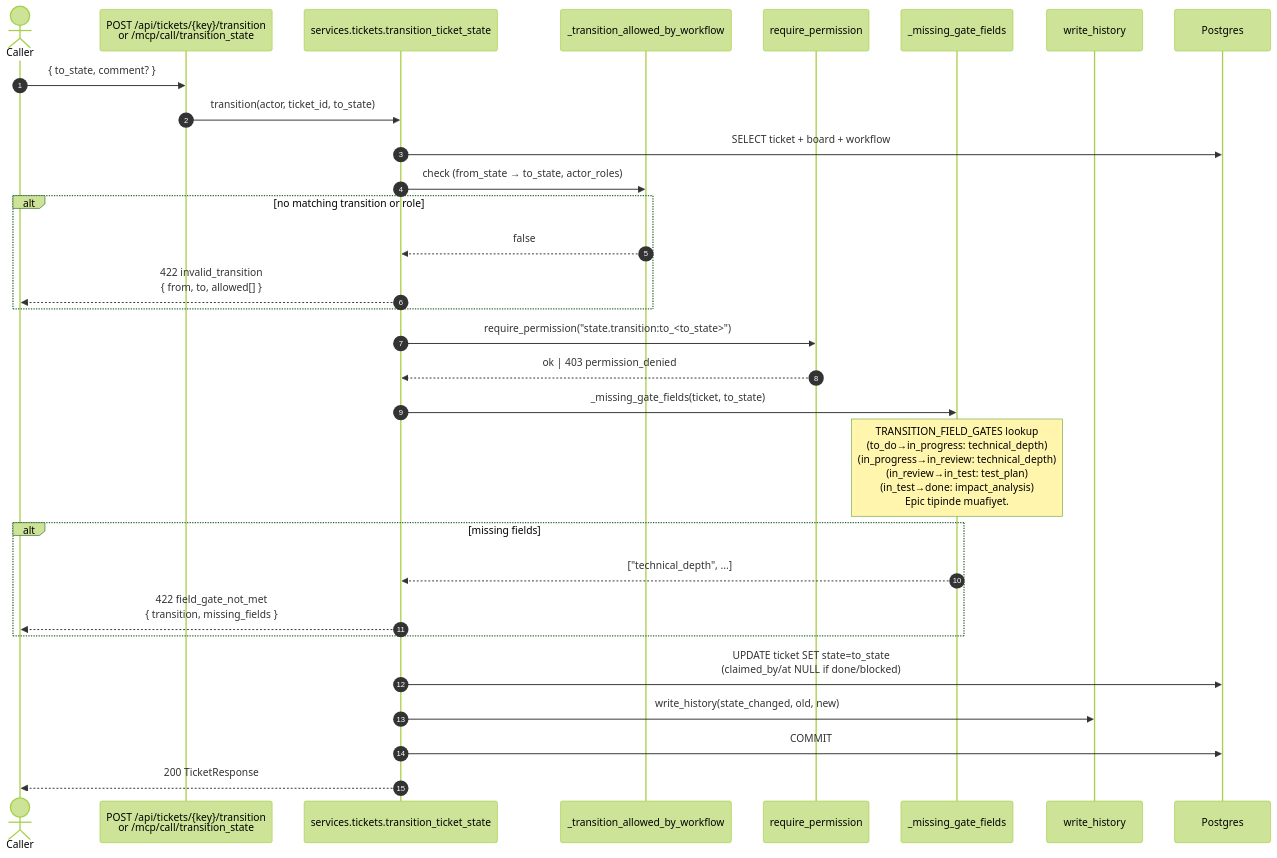
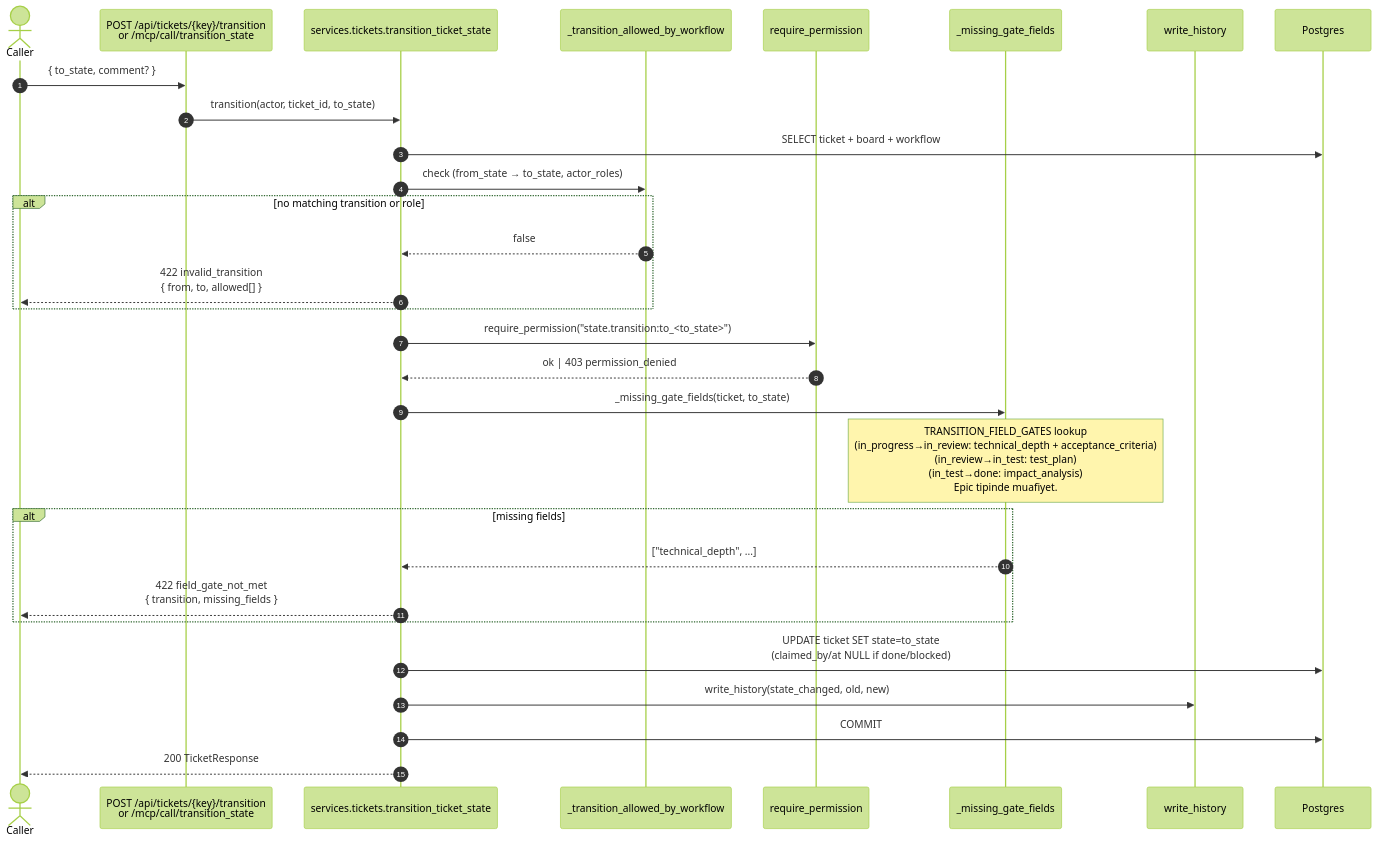
One commit to HuseyinKanat/Project-Hub changed the second of 2 diagrams in docs/flows/state-transition.md. Above: the diagram before and after it, drawn with Mermaid (forest theme). The commit also changed other lines of this file and 6 other files, not shown here.

````diff
--- a/docs/flows/state-transition.md
+++ b/docs/flows/state-transition.md
@@ -32,35 +32,35 @@
 ```mermaid
 sequenceDiagram
     autonumber
     actor Caller
     participant API as POST /api/tickets/{key}/transition<br/>or /mcp/call/transition_state
     participant Svc as services.tickets.transition_ticket_state
     participant WF as _transition_allowed_by_workflow
     participant Perm as require_permission
     participant Gate as _missing_gate_fields
     participant Hist as write_history
     participant DB as Postgres
 
     Caller->>API: { to_state, comment? }
     API->>Svc: transition(actor, ticket_id, to_state)
     Svc->>DB: SELECT ticket + board + workflow
     Svc->>WF: check (from_state → to_state, actor_roles)
     alt no matching transition or role
         WF-->>Svc: false
         Svc-->>Caller: 422 invalid_transition<br/>{ from, to, allowed[] }
     end
     Svc->>Perm: require_permission("state.transition:to_<to_state>")
     Perm-->>Svc: ok | 403 permission_denied
 
     Svc->>Gate: _missing_gate_fields(ticket, to_state)
-    Note over Gate: TRANSITION_FIELD_GATES lookup<br/>(to_do→in_progress: technical_depth)<br/>(in_progress→in_review: technical_depth)<br/>(in_review→in_test: test_plan)<br/>(in_test→done: impact_analysis)<br/>Epic tipinde muafiyet.
+    Note over Gate: TRANSITION_FIELD_GATES lookup<br/>(in_progress→in_review: technical_depth + acceptance_criteria)<br/>(in_review→in_test: test_plan)<br/>(in_test→done: impact_analysis)<br/>Epic tipinde muafiyet.
     alt missing fields
         Gate-->>Svc: ["technical_depth", ...]
         Svc-->>Caller: 422 field_gate_not_met<br/>{ transition, missing_fields }
     end
 
     Svc->>DB: UPDATE ticket SET state=to_state<br/>(claimed_by/at NULL if done/blocked)
     Svc->>Hist: write_history(state_changed, old, new)
     Svc->>DB: COMMIT
     Svc-->>Caller: 200 TicketResponse
 ```
````
